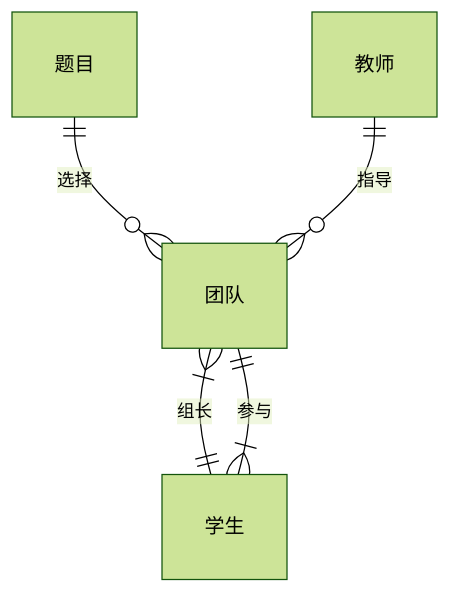
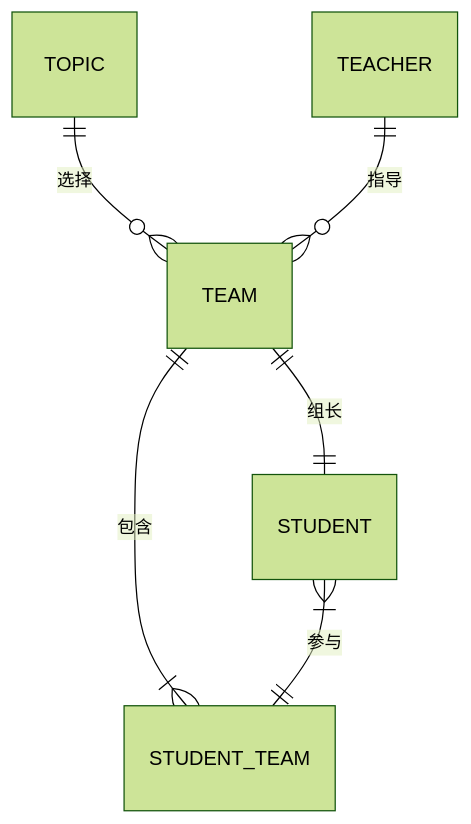
Before and after one commit to YOAyes/iodraw-files: the diagram in all/未命名-8.md, drawn with Mermaid (forest theme).

Commit message:
2025-06-03 15:50:03 update

````diff
--- a/all/未命名-8.md
+++ b/all/未命名-8.md
@@ -1,7 +1,9 @@
 ```mermaid
 erDiagram
-    题目 ||--o{ 团队 : "选择"
-    团队 }|--|| 学生 : "组长"
-    教师 ||--o{ 团队 : "指导"
-    团队 ||--|{ 学生 : "参与"
+    TOPIC ||--o{ TEAM : "选择"
+    TEAM ||--|{ STUDENT_TEAM : "包含"
+    STUDENT }|--|| STUDENT_TEAM : "参与"
+    TEAM ||--|| STUDENT : "组长"
+    TEACHER ||--o{ TEAM : "指导"
+
 ```
````
